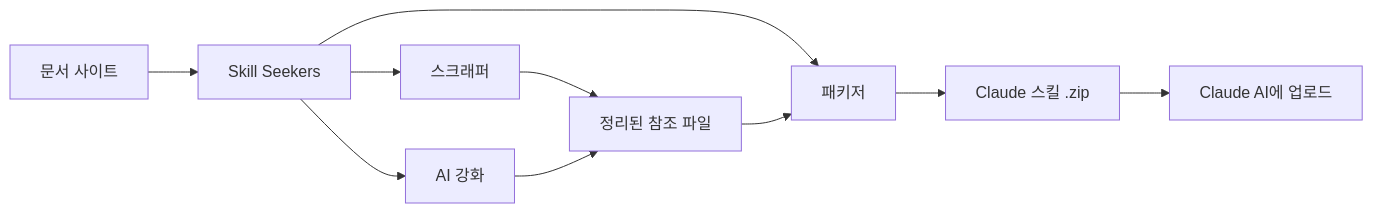
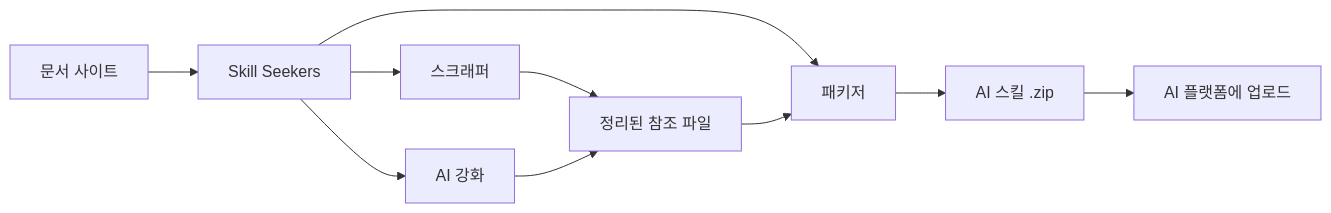
The diagram in README.ko.md (yusufkaraaslan/Skill_Seekers), drawn with Mermaid before and after one commit. The commit also changed other lines of this file and 38 other files, not shown here.

````diff
--- a/README.ko.md
+++ b/README.ko.md
@@ -767,12 +970,12 @@
 ```mermaid
 graph LR
     A[문서 사이트] --> B[Skill Seekers]
     B --> C[스크래퍼]
     B --> D[AI 강화]
     B --> E[패키저]
     C --> F[정리된 참조 파일]
     D --> F
     F --> E
-    E --> G[Claude 스킬 .zip]
-    G --> H[Claude AI에 업로드]
+    E --> G[AI 스킬 .zip]
+    G --> H[AI 플랫폼에 업로드]
 ```
````
